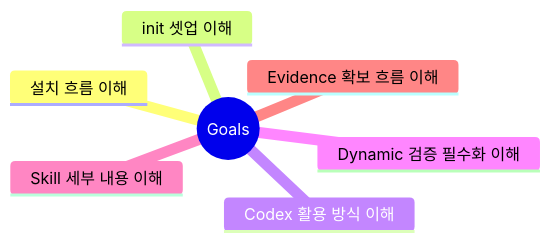
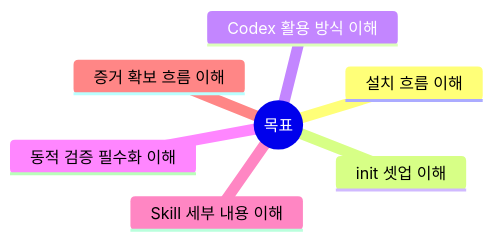
One commit to koalav/present-anyything changed the first of 19 diagrams in content/decks/codex-deeplink-audit-guide/source.md. Above: the diagram before and after it, drawn with Mermaid. The commit also changed other lines of this file and 26 other files, not shown here.

````diff
--- a/content/decks/codex-deeplink-audit-guide/source.md
+++ b/content/decks/codex-deeplink-audit-guide/source.md
@@ -19,10 +19,10 @@
 ```mermaid
 mindmap
-  root((Goals))
+  root((목표))
     설치 흐름 이해
     init 셋업 이해
     Codex 활용 방식 이해
-    Dynamic 검증 필수화 이해
+    동적 검증 필수화 이해
     Skill 세부 내용 이해
-    Evidence 확보 흐름 이해
+    증거 확보 흐름 이해
 ```
````
